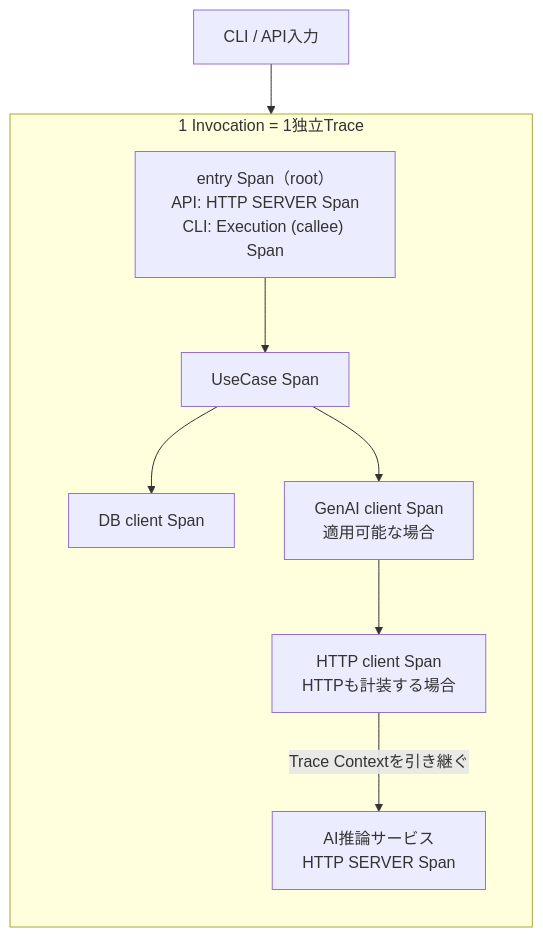
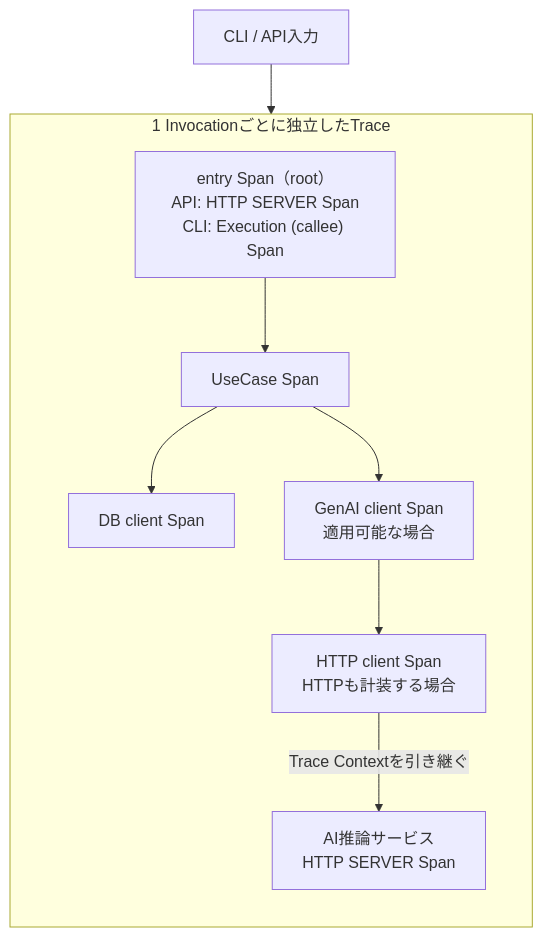
Before and after one commit to takashit16833/Workbench: the diagram in Notes/RAGScope/RAGScopeアプリケーション/RS-0023 Trace設計メモ.md, drawn with Mermaid. The commit also changed other lines of this file, not shown here.

````diff
--- a/Notes/RAGScope/RAGScopeアプリケーション/RS-0023 Trace設計メモ.md
+++ b/Notes/RAGScope/RAGScopeアプリケーション/RS-0023 Trace設計メモ.md
@@ -80,22 +80,22 @@
 ```mermaid
 flowchart TB
     INPUT["CLI / API入力"]
 
-    subgraph TRACE["1 Invocation = 1独立Trace"]
+    subgraph TRACE["1 Invocationごとに独立したTrace"]
         direction TB
         ENTRY["entry Span（root）<br>API: HTTP SERVER Span<br>CLI: Execution (callee) Span"]
         UC["UseCase Span"]
         DB["DB client Span"]
         GENAI["GenAI client Span<br>適用可能な場合"]
         HTTP["HTTP client Span<br>HTTPも計装する場合"]
         AIS["AI推論サービス<br>HTTP SERVER Span"]
 
         ENTRY --> UC
         UC --> DB
         UC --> GENAI
         GENAI --> HTTP
         HTTP -->|"Trace Contextを引き継ぐ"| AIS
     end
 
     INPUT --> ENTRY
 ```
````
